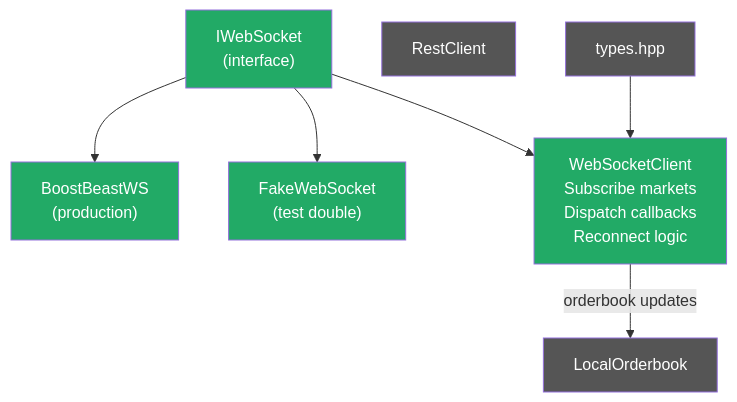
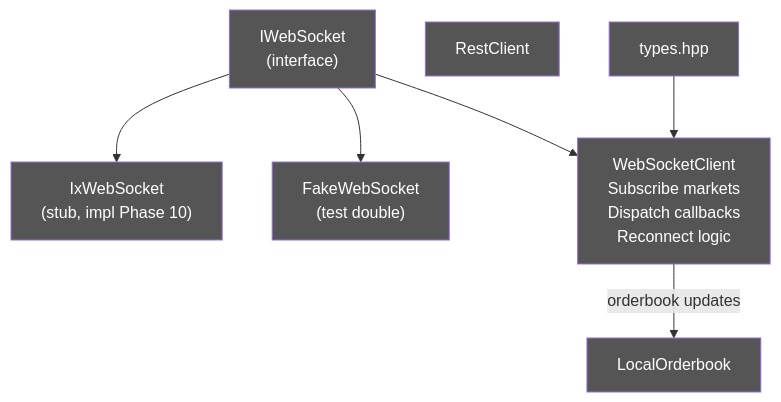
The seventh of 12 diagrams in PLAN.md (jfreun123/kalshi-market-maker), drawn with Mermaid before and after one commit. The commit also changed other lines of this file, not shown here.

Commit message:
docs: mark Phase 5 complete, update WS diagram nodes to grey

````diff
--- a/PLAN.md
+++ b/PLAN.md
@@ -301,24 +301,24 @@
 ```mermaid
 graph TD
     T["types.hpp"]
     RC["RestClient"]
     OB["LocalOrderbook"]
     IWS["IWebSocket\n(interface)"]
-    BWSS["BoostBeastWS\n(production)"]
+    BWSS["IxWebSocket\n(stub, impl Phase 10)"]
     FWS["FakeWebSocket\n(test double)"]
     WSC["WebSocketClient\nSubscribe markets\nDispatch callbacks\nReconnect logic"]
 
     T --> WSC
     IWS --> WSC
     IWS --> BWSS
     IWS --> FWS
     WSC -->|orderbook updates| OB
 
     style T fill:#555,color:#fff
     style RC fill:#555,color:#fff
     style OB fill:#555,color:#fff
-    style WSC fill:#2a6,color:#fff
-    style IWS fill:#2a6,color:#fff
-    style BWSS fill:#2a6,color:#fff
-    style FWS fill:#2a6,color:#fff
+    style WSC fill:#555,color:#fff
+    style IWS fill:#555,color:#fff
+    style BWSS fill:#555,color:#fff
+    style FWS fill:#555,color:#fff
 ```
````
